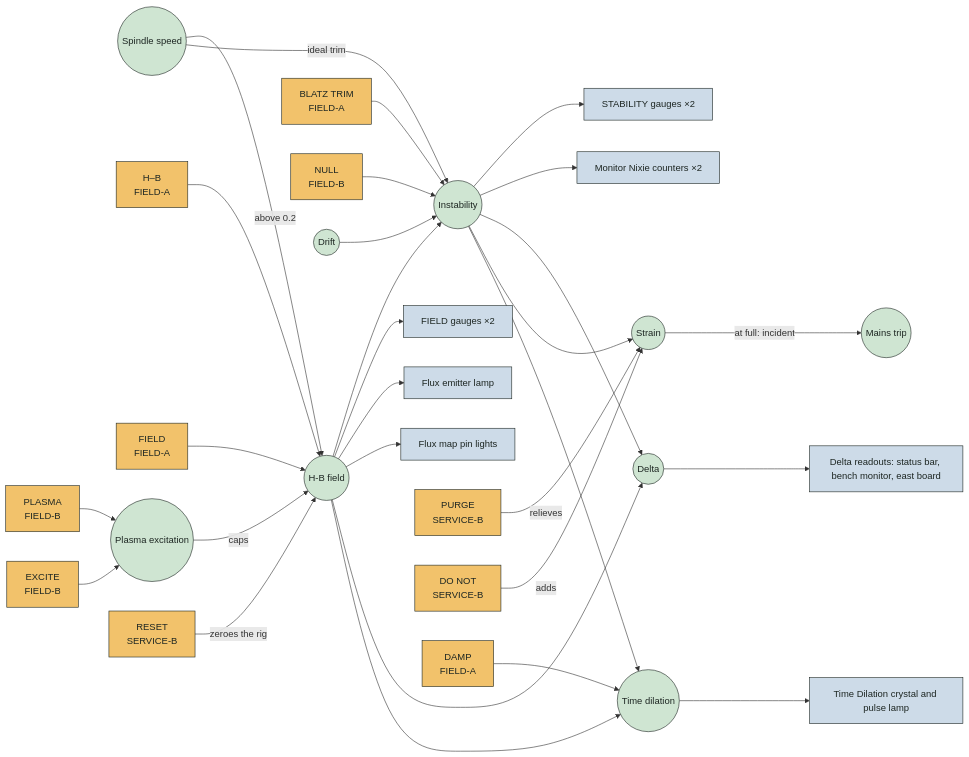
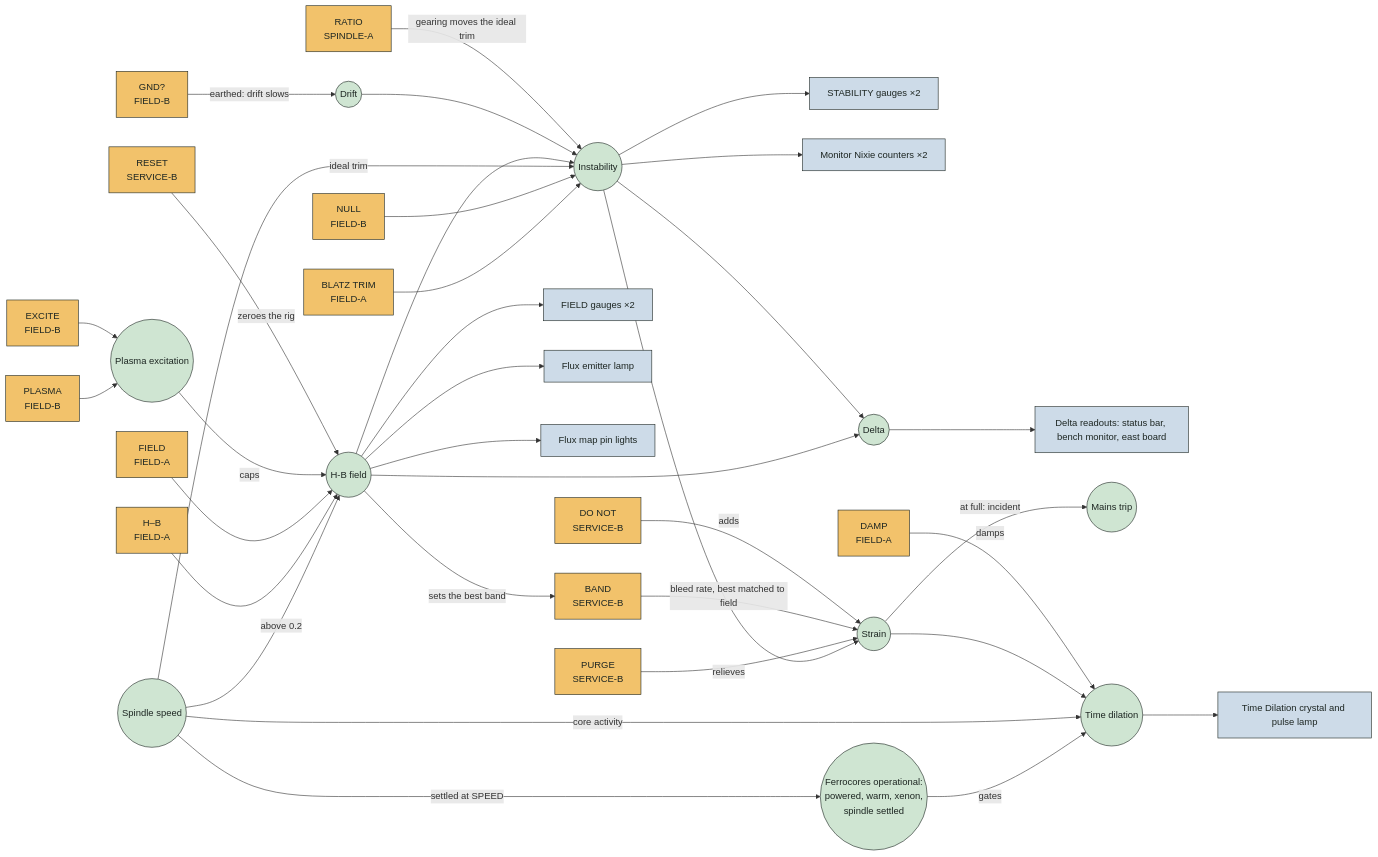
One commit to trebizondoculpepper/vx3_simulator changed the second of 5 diagrams in doc/design/control-graph.md. Above: the diagram before and after it, drawn with Mermaid. The commit also changed other lines of this file and 10 other files, not shown here.

First line of the commit message:
Give RATIO, GND?, BAND and betaform gain real jobs

````diff
--- a/doc/design/control-graph.md
+++ b/doc/design/control-graph.md
@@ -49,35 +48,41 @@
 ```mermaid
 flowchart LR
 classDef input fill:#f2c26b,stroke:#1d2622,color:#1d2622
 classDef state fill:#cfe5d2,stroke:#1d2622,color:#1d2622
 classDef ind fill:#cddbe8,stroke:#1d2622,color:#1d2622
 SPIN(("Spindle speed")):::state -- "above 0.2" --> FIELD(("H-B field")):::state
 HB["H–B<br/>FIELD-A"]:::input --> FIELD
 FK["FIELD<br/>FIELD-A"]:::input --> FIELD
 PL["PLASMA<br/>FIELD-B"]:::input --> EXC(("Plasma excitation")):::state
 EX["EXCITE<br/>FIELD-B"]:::input --> EXC
 EXC -- "caps" --> FIELD
 TRIM["BLATZ TRIM<br/>FIELD-A"]:::input --> INST(("Instability")):::state
 NULL["NULL<br/>FIELD-B"]:::input --> INST
 SPIN -- "ideal trim" --> INST
 FIELD --> INST
 DRIFT(("Drift")):::state --> INST
+RATIO["RATIO<br/>SPINDLE-A"]:::input -- "gearing moves the ideal trim" --> INST
+GND["GND?<br/>FIELD-B"]:::input -- "earthed: drift slows" --> DRIFT
 FIELD --> FG["FIELD gauges ×2"]:::ind
 FIELD --> EMIT["Flux emitter lamp"]:::ind
 FIELD --> MAP["Flux map pin lights"]:::ind
 INST --> STG["STABILITY gauges ×2"]:::ind
 INST --> MNX["Monitor Nixie counters ×2"]:::ind
 FIELD --> DELTA(("Delta")):::state
 INST --> DELTA
 DELTA --> DR["Delta readouts: status bar, bench monitor, east board"]:::ind
 INST --> STRAIN(("Strain")):::state
 PURGE["PURGE<br/>SERVICE-B"]:::input -- "relieves" --> STRAIN
+BAND["BAND<br/>SERVICE-B"]:::input -- "bleed rate, best matched to field" --> STRAIN
+FIELD -- "sets the best band" --> BAND
 DONOT["DO NOT<br/>SERVICE-B"]:::input -- "adds" --> STRAIN
 STRAIN -- "at full: incident" --> TRIP(("Mains trip")):::state
-FIELD --> DIL(("Time dilation")):::state
-INST --> DIL
-DAMP["DAMP<br/>FIELD-A"]:::input --> DIL
+OPS(("Ferrocores operational:<br/>powered, warm, xenon,<br/>spindle settled")):::state -- "gates" --> DIL(("Time dilation")):::state
+SPIN -- "settled at SPEED" --> OPS
+SPIN -- "core activity" --> DIL
+STRAIN --> DIL
+DAMP["DAMP<br/>FIELD-A"]:::input -- "damps" --> DIL
 DIL --> CRY["Time Dilation crystal and pulse lamp"]:::ind
 RESET["RESET<br/>SERVICE-B"]:::input -- "zeroes the rig" --> FIELD
   
 ```
````
